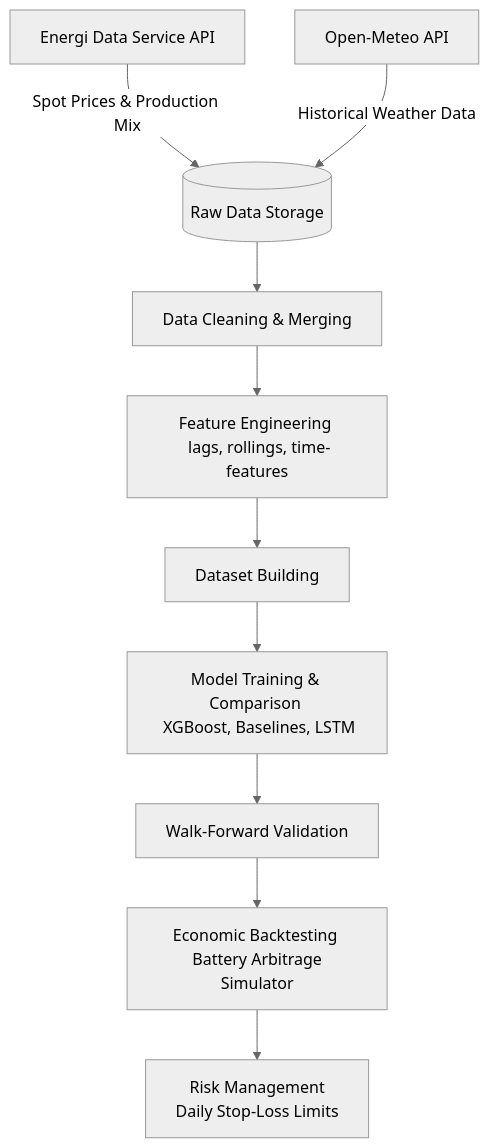
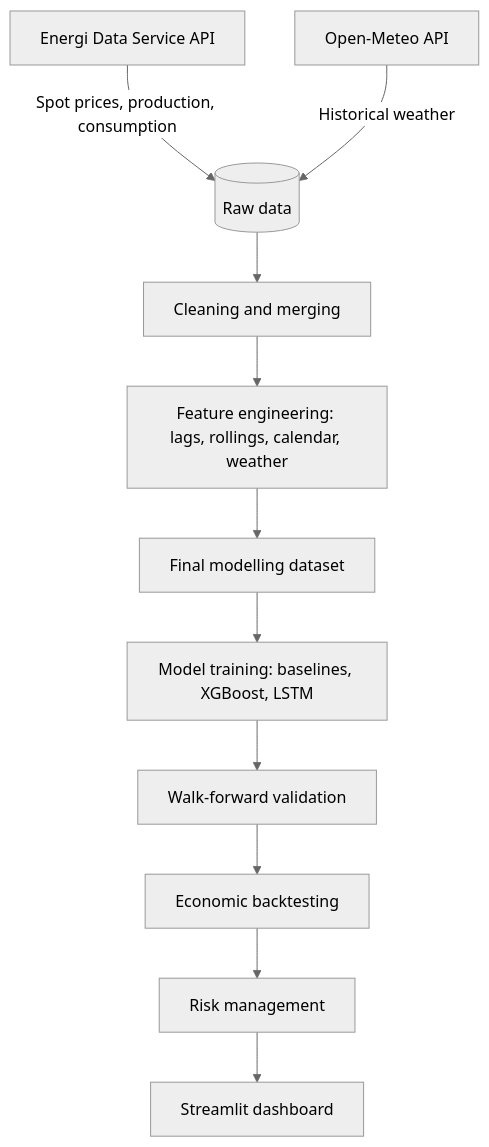
Before and after one commit to Ivo196/denmark-electricity-price-forecasting: the diagram in README.md, drawn with Mermaid (neutral theme). The commit also changed other lines of this file and 3 other files, not shown here.

Commit message:
Add Streamlit portfolio dashboard

````diff
--- a/README.md
+++ b/README.md
@@ -31,12 +20,13 @@
 ```mermaid
 graph TD
-    A[Energi Data Service API] -->|Spot Prices & Production Mix| D[(Raw Data Storage)]
-    B[Open-Meteo API] -->|Historical Weather Data| D
-    D --> E[Data Cleaning & Merging]
-    E --> F[Feature Engineering <br/> lags, rollings, time-features]
-    F --> G[Dataset Building]
-    G --> H[Model Training & Comparison <br/> XGBoost, Baselines, LSTM]
-    H --> I[Walk-Forward Validation]
-    I --> J[Economic Backtesting <br/> Battery Arbitrage Simulator]
-    J --> K[Risk Management <br/> Daily Stop-Loss Limits]
+    A["Energi Data Service API"] -->|"Spot prices, production, consumption"| D[("Raw data")]
+    B["Open-Meteo API"] -->|"Historical weather"| D
+    D --> E["Cleaning and merging"]
+    E --> F["Feature engineering: lags, rollings, calendar, weather"]
+    F --> G["Final modelling dataset"]
+    G --> H["Model training: baselines, XGBoost, LSTM"]
+    H --> I["Walk-forward validation"]
+    I --> J["Economic backtesting"]
+    J --> K["Risk management"]
+    K --> L["Streamlit dashboard"]
 ```
````
